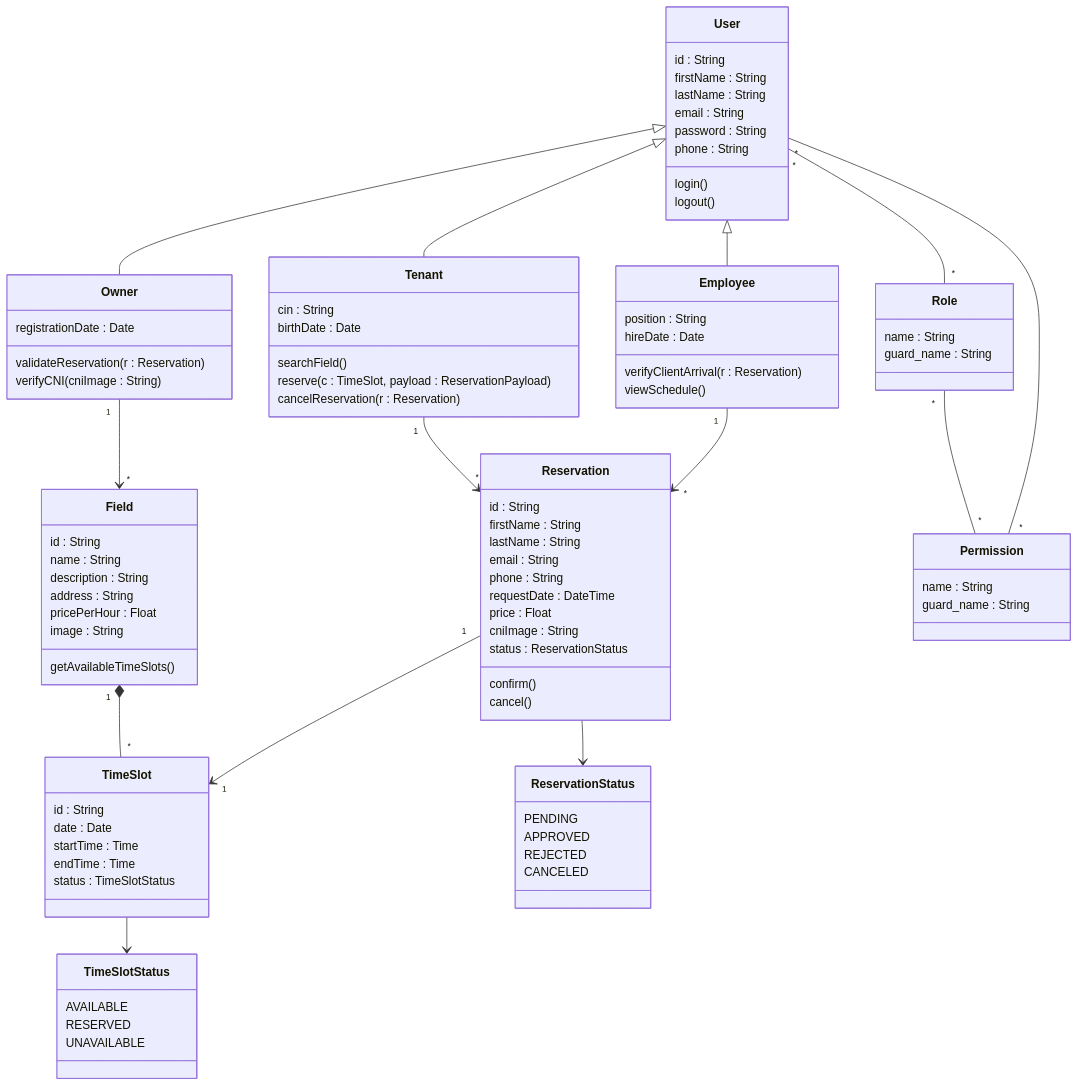
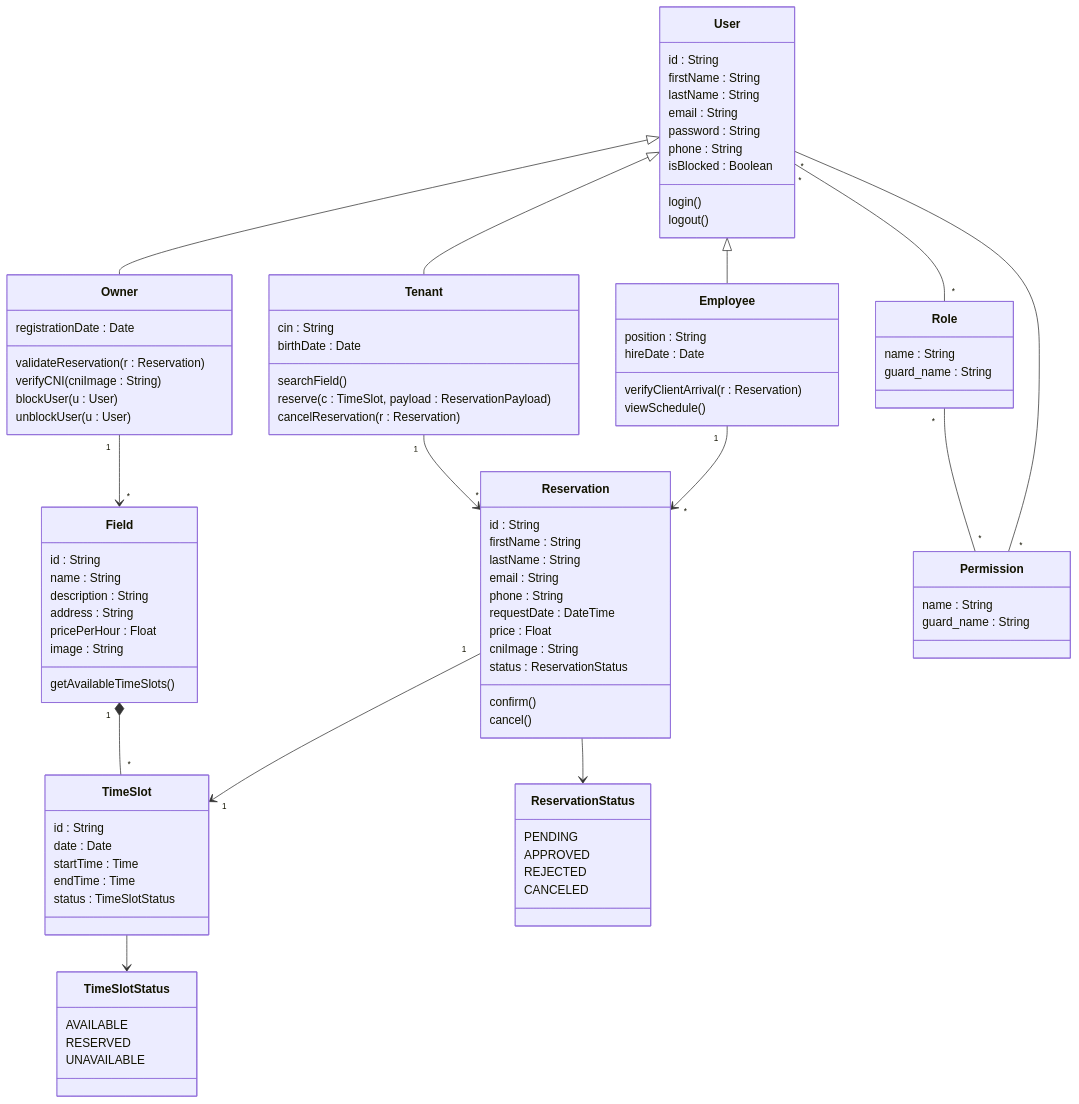
The diagram in Analyse/diagramme-de-classe/diagramme-classe.mmd (Adnane-x87/ProMatch), drawn with Mermaid before and after one commit. The commit also changed 8 other files, not shown here.

```diff
--- a/Analyse/diagramme-de-classe/diagramme-classe.mmd
+++ b/Analyse/diagramme-de-classe/diagramme-classe.mmd
@@ -1,90 +1,93 @@
 classDiagram
 class User {
     id : String
     firstName : String
     lastName : String
     email : String
     password : String
     phone : String
+    isBlocked : Boolean
     login()
     logout()
 }
 class Owner {
     registrationDate : Date
     validateReservation(r : Reservation)
     verifyCNI(cniImage : String)
+    blockUser(u : User)
+    unblockUser(u : User)
 }
 class Tenant {
     cin : String
     birthDate : Date
     searchField()
     reserve(c : TimeSlot, payload : ReservationPayload)
     cancelReservation(r : Reservation)
 }
 class Employee {
     position : String
     hireDate : Date
     verifyClientArrival(r : Reservation)
     viewSchedule()
 }
 User <|-- Owner
 User <|-- Tenant
 User <|-- Employee
 class Field {
     id : String
     name : String
     description : String
     address : String
     pricePerHour : Float
     image : String
     getAvailableTimeSlots()
 }
 class TimeSlot {
     id : String
     date : Date
     startTime : Time
     endTime : Time
     status : TimeSlotStatus
 }
 class TimeSlotStatus {
     AVAILABLE
     RESERVED
     UNAVAILABLE
 }
 Field "1" *-- "*" TimeSlot
 TimeSlot --> TimeSlotStatus
 class Reservation {
     id : String
     firstName : String
     lastName : String
     email : String
     phone : String
     requestDate : DateTime
     price : Float
     cniImage : String
     status : ReservationStatus
     confirm()
     cancel()
 }
 class ReservationStatus {
     PENDING
     APPROVED
     REJECTED
     CANCELED
 }
 Reservation --> ReservationStatus
 Tenant "1" --> "*" Reservation
 Reservation "1" --> "1" TimeSlot
 Employee "1" --> "*" Reservation
 class Role {
     name : String
     guard_name : String
 }
 class Permission {
     name : String
     guard_name : String
 }
 User "*" -- "*" Role
 Role "*" -- "*" Permission
 User "*" -- "*" Permission
 Owner "1" --> "*" Field
```
